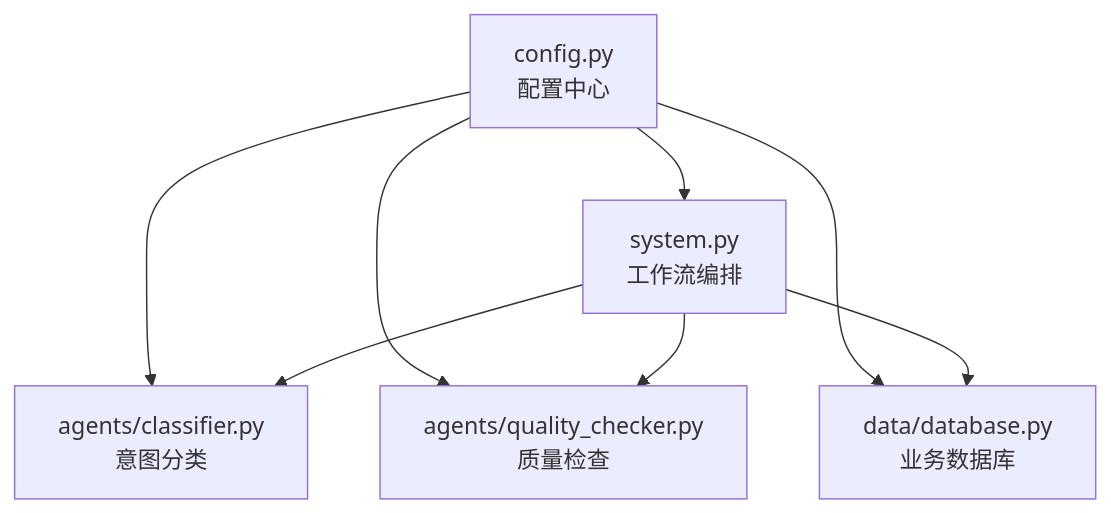
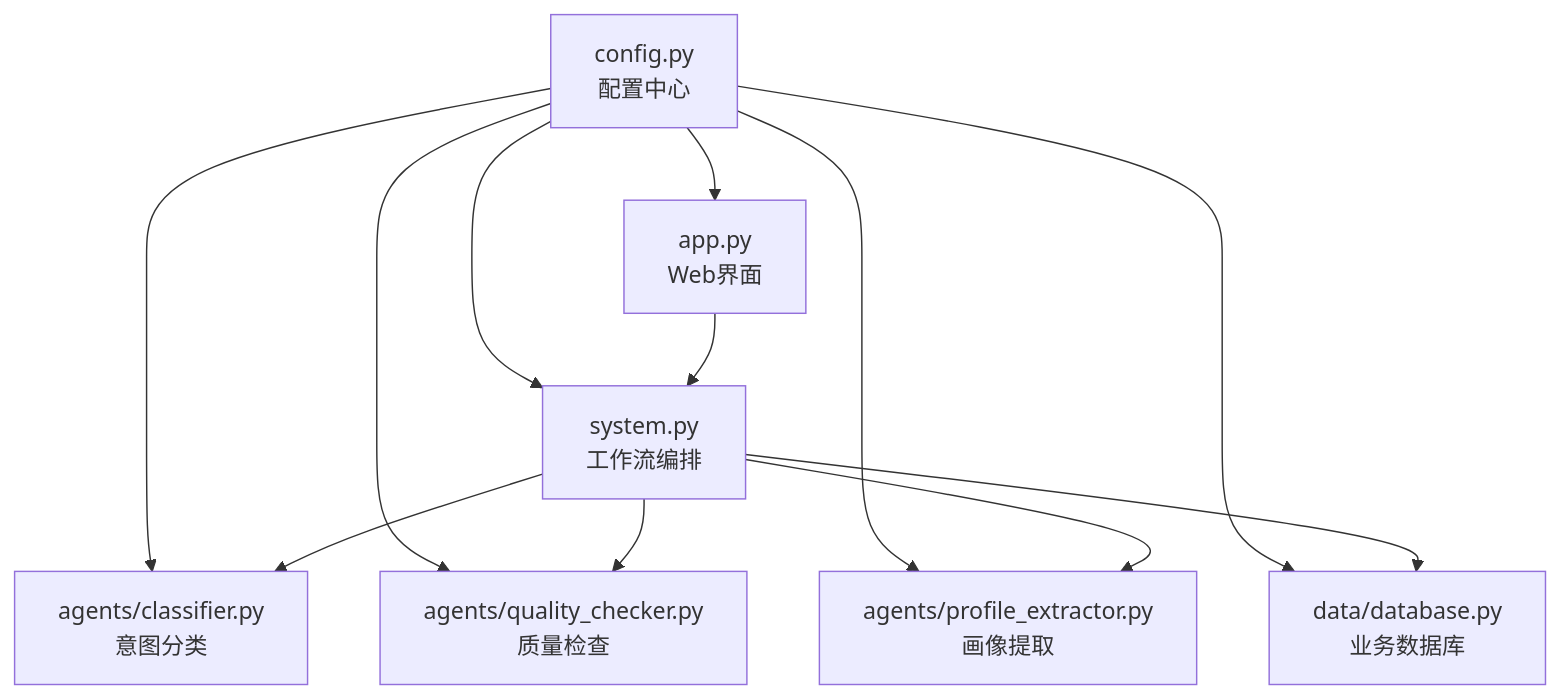
Before and after one commit to Yijtu/multi-agent-customer-service: the first of 4 diagrams in .qoder/repowiki/zh/content/系统架构设计/配置管理中心.md, drawn with Mermaid. The commit also changed other lines of this file and 28 other files, not shown here.

````diff
--- a/.qoder/repowiki/zh/content/系统架构设计/配置管理中心.md
+++ b/.qoder/repowiki/zh/content/系统架构设计/配置管理中心.md
@@ -40,10 +52,14 @@
 ```mermaid
 graph TB
 CFG["config.py<br/>配置中心"] --> SYS["system.py<br/>工作流编排"]
 CFG --> CLS["agents/classifier.py<br/>意图分类"]
 CFG --> QC["agents/quality_checker.py<br/>质量检查"]
+CFG --> PE["agents/profile_extractor.py<br/>画像提取"]
 CFG --> DBL["data/database.py<br/>业务数据库"]
+CFG --> APP["app.py<br/>Web界面"]
 SYS --> CLS
 SYS --> QC
+SYS --> PE
 SYS --> DBL
+APP --> SYS
 ```
````
